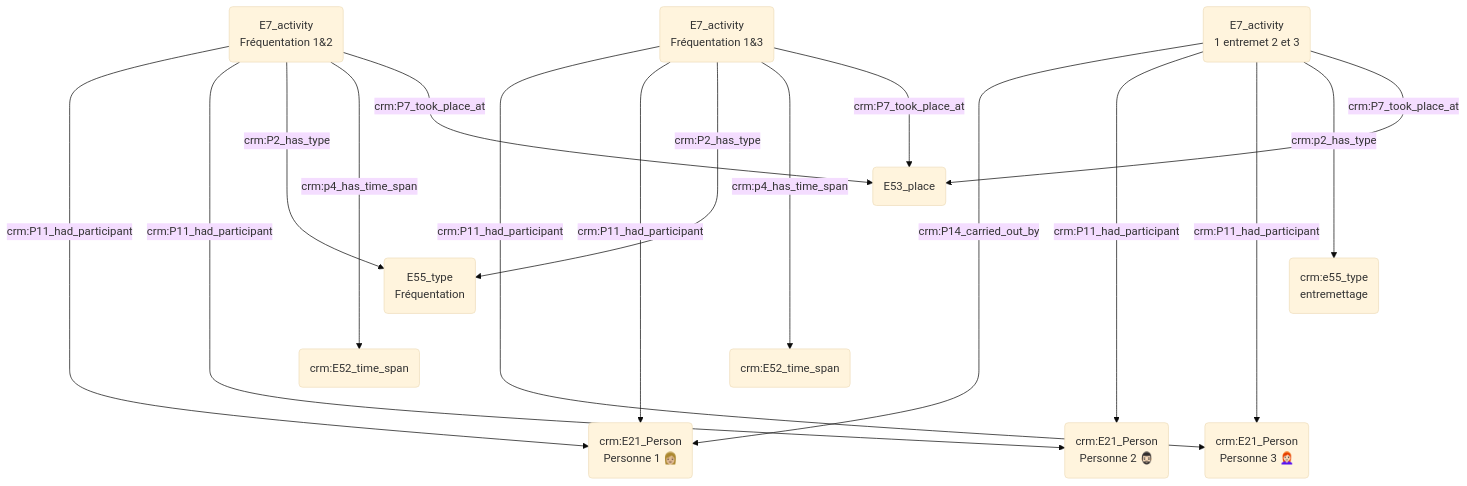
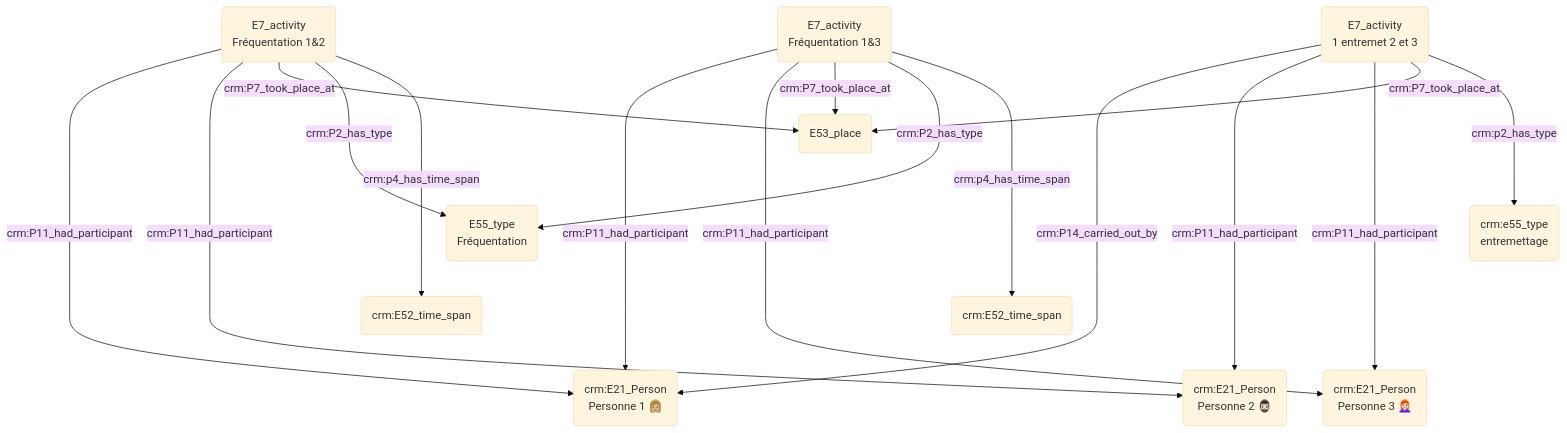
One commit to Amleth/consortium-musica2-gt2-ontologies changed the third of 3 diagrams in modules/prosopographie/index.md. Above: the diagram before and after it, drawn with Mermaid (base theme).

````diff
--- a/modules/prosopographie/index.md
+++ b/modules/prosopographie/index.md
@@ -44,24 +44,27 @@
 ```mermaid
 graph TD;
 
 
-O(E7_activity<br>1 entremet 2 et 3) ------>|crm:P14_carried_out_by| A("crm:E21_Person<br>Personne 1 👩🏼")
-O(E7_activity<br>1 entremet 2 et 3) ------>|crm:P11_had_participant| C("crm:E21_Person<br>Personne 2 🧔🏻‍♂️")
-O(E7_activity<br>1 entremet 2 et 3) ------>|crm:P11_had_participant| E("crm:E21_Person<br>Personne 3 👩🏻‍🦰")
-D(E7_activity<br>Fréquentation 1&3) ------>|crm:P11_had_participant| E("crm:E21_Person<br>Personne 3 👩🏻‍🦰")
-B(E7_activity<br>Fréquentation 1&2) ------>|crm:P11_had_participant| A("crm:E21_Person<br>Personne 1 👩🏼")
-D(E7_activity<br>Fréquentation 1&3) ------>|crm:P11_had_participant| A("crm:E21_Person<br>Personne 1 👩🏼")
-B(E7_activity<br>Fréquentation 1&2) ------>|crm:P11_had_participant| C("crm:E21_Person<br>Personne 2 🧔🏻‍♂️")
 
-B(E7_activity<br>Fréquentation 1&2) ---->|crm:P2_has_type| F(E55_type<br>Fréquentation)
-D(E7_activity<br>Fréquentation 1&3) ---->|crm:P2_has_type| F(E55_type<br>Fréquentation)
-O(E7_activity<br>1 entremet 2 et 3) ----> |crm:p2_has_type| P(crm:e55_type<br>entremettage)
+B(E7_activity<br>Fréquentation 1&2) ----->|crm:P11_had_participant| A("crm:E21_Person<br>Personne 1 👩🏼")
+D(E7_activity<br>Fréquentation 1&3) ----->|crm:P11_had_participant| A("crm:E21_Person<br>Personne 1 👩🏼")
+O(E7_activity<br>1 entremet 2 et 3) ----->|crm:P14_carried_out_by| A("crm:E21_Person<br>Personne 1 👩🏼")
+B(E7_activity<br>Fréquentation 1&2) ----->|crm:P11_had_participant| C("crm:E21_Person<br>Personne 2 🧔🏻‍♂️")
+O(E7_activity<br>1 entremet 2 et 3) ----->|crm:P11_had_participant| C("crm:E21_Person<br>Personne 2 🧔🏻‍♂️")
+D(E7_activity<br>Fréquentation 1&3) ----->|crm:P11_had_participant| E("crm:E21_Person<br>Personne 3 👩🏻‍🦰")
+O(E7_activity<br>1 entremet 2 et 3) ----->|crm:P11_had_participant| E("crm:E21_Person<br>Personne 3 👩🏻‍🦰")
 
-B(E7_activity<br>Fréquentation 1&2) -----> |crm:p4_has_time_span| I(crm:E52_time_span)
-D(E7_activity<br>Fréquentation 1&3) -----> |crm:p4_has_time_span| N(crm:E52_time_span)
+D(E7_activity<br>Fréquentation 1&3) -->|crm:P7_took_place_at| M(E53_place)
+B(E7_activity<br>Fréquentation 1&2) -->|crm:P7_took_place_at| M(E53_place)
+O(E7_activity<br>1 entremet 2 et 3) --> |crm:P7_took_place_at| M(E53_place)
 
-D(E7_activity<br>Fréquentation 1&3) --->|crm:P7_took_place_at| M(E53_place)
-B(E7_activity<br>Fréquentation 1&2) --->|crm:P7_took_place_at| M(E53_place)
-O(E7_activity<br>1 entremet 2 et 3) ---> |crm:P7_took_place_at| M(E53_place)
+B(E7_activity<br>Fréquentation 1&2) --->|crm:P2_has_type| F(E55_type<br>Fréquentation)
+D(E7_activity<br>Fréquentation 1&3) --->|crm:P2_has_type| F(E55_type<br>Fréquentation)
+O(E7_activity<br>1 entremet 2 et 3) ---> |crm:p2_has_type| P(crm:e55_type<br>entremettage)
+
+B(E7_activity<br>Fréquentation 1&2) ----> |crm:p4_has_time_span| I(crm:E52_time_span)
+D(E7_activity<br>Fréquentation 1&3) ----> |crm:p4_has_time_span| N(crm:E52_time_span)
+
+
 
 ```
````
